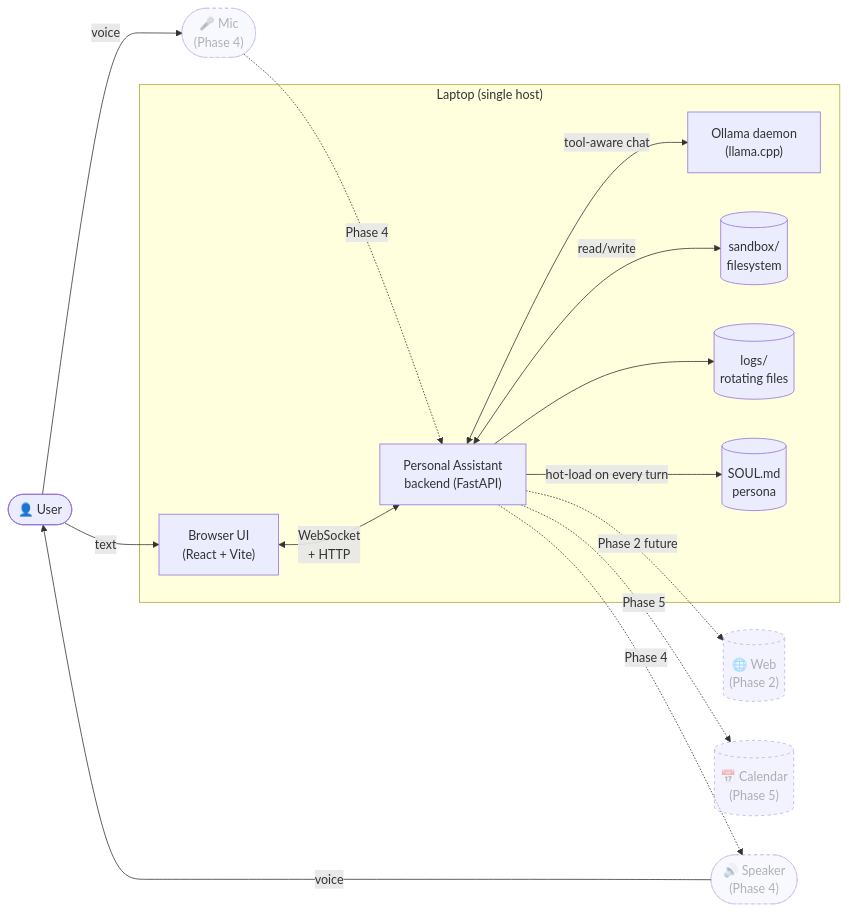
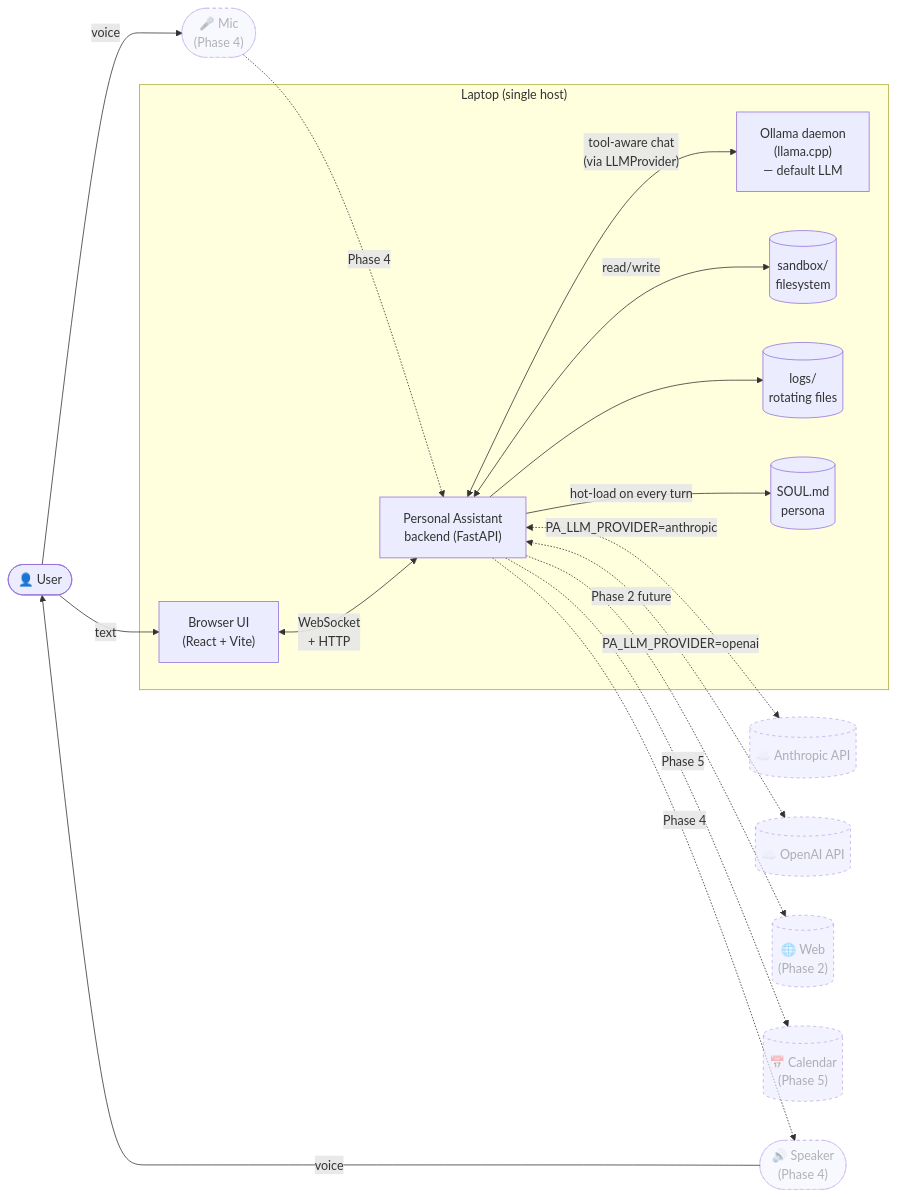
Before and after one commit to fhdbbk/personal-agent: the first of 9 diagrams in docs/design/HLD.md, drawn with Mermaid. The commit also changed other lines of this file and 29 other files, not shown here.

````diff
--- a/docs/design/HLD.md
+++ b/docs/design/HLD.md
@@ -24,35 +24,39 @@
 ```mermaid
 flowchart LR
     user(["👤 User"])
 
     subgraph laptop ["Laptop (single host)"]
         ui["Browser UI<br/>(React + Vite)"]
         backend["Personal Assistant<br/>backend (FastAPI)"]
-        ollama["Ollama daemon<br/>(llama.cpp)"]
+        ollama["Ollama daemon<br/>(llama.cpp)<br/>— default LLM"]
         sandbox[("sandbox/<br/>filesystem")]
         logs[("logs/<br/>rotating files")]
         soul[("SOUL.md<br/>persona")]
     end
 
+    anthropic[("☁️ Anthropic API")]
+    openai[("☁️ OpenAI API")]
     web[("🌐 Web<br/>(Phase 2)")]
     cal[("📅 Calendar<br/>(Phase 5)")]
     mic(["🎤 Mic<br/>(Phase 4)"])
     speaker(["🔊 Speaker<br/>(Phase 4)"])
 
     user -- "text" --> ui
     user -- "voice" --> mic
     speaker -- "voice" --> user
     mic -.->|Phase 4| backend
     backend -.->|Phase 4| speaker
 
     ui <-- "WebSocket<br/>+ HTTP" --> backend
-    backend <-- "tool-aware chat" --> ollama
+    backend <-- "tool-aware chat<br/>(via LLMProvider)" --> ollama
+    backend <-. "PA_LLM_PROVIDER=anthropic" .-> anthropic
+    backend <-. "PA_LLM_PROVIDER=openai" .-> openai
     backend <-- "read/write" --> sandbox
     backend --> logs
     backend -- "hot-load on every turn" --> soul
     backend -.->|Phase 2 future| web
     backend -.->|Phase 5| cal
 
     classDef planned stroke-dasharray: 4 4,opacity:0.6;
-    class web,cal,mic,speaker planned
+    class web,cal,mic,speaker,anthropic,openai planned
 ```
````
